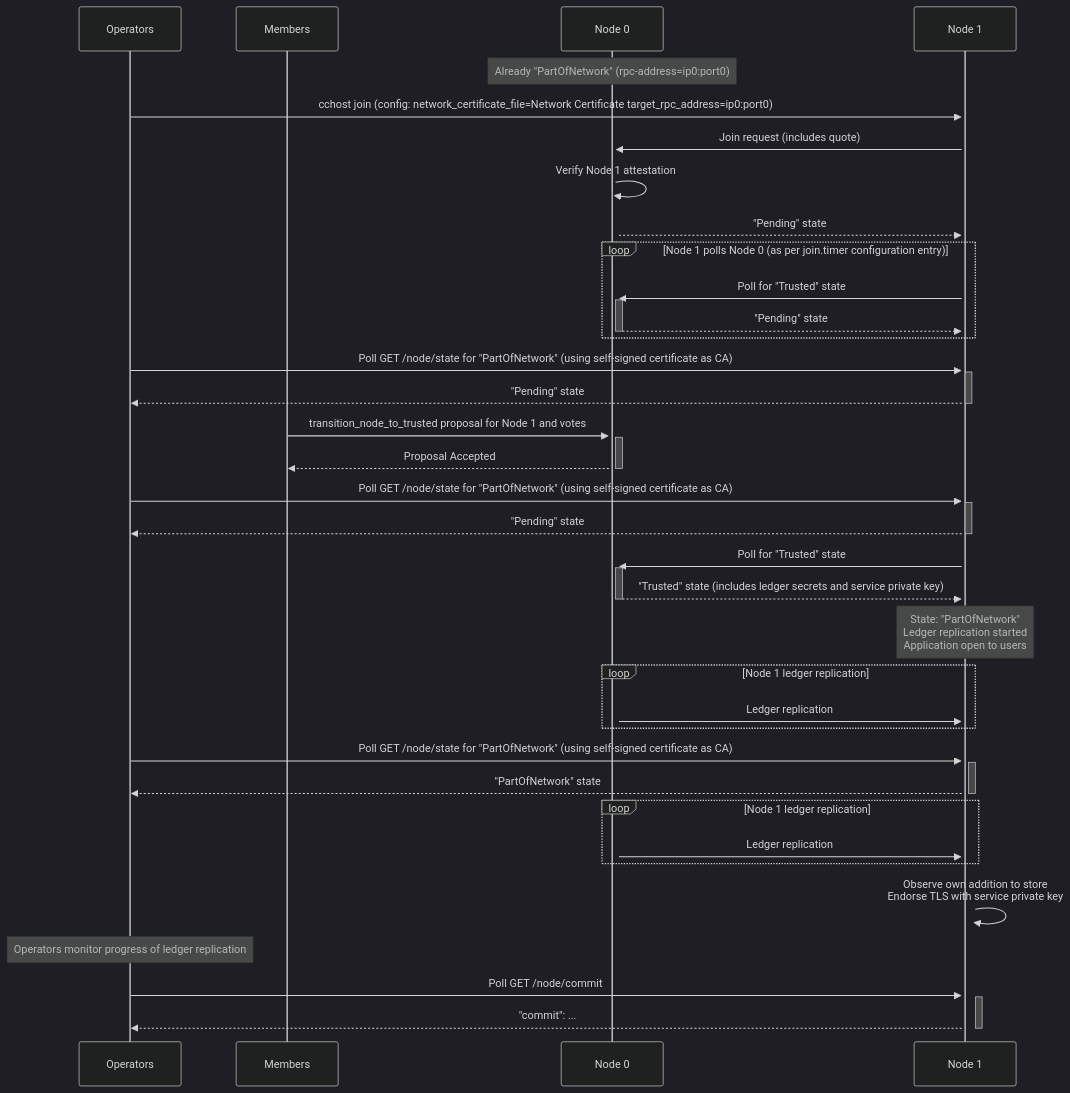
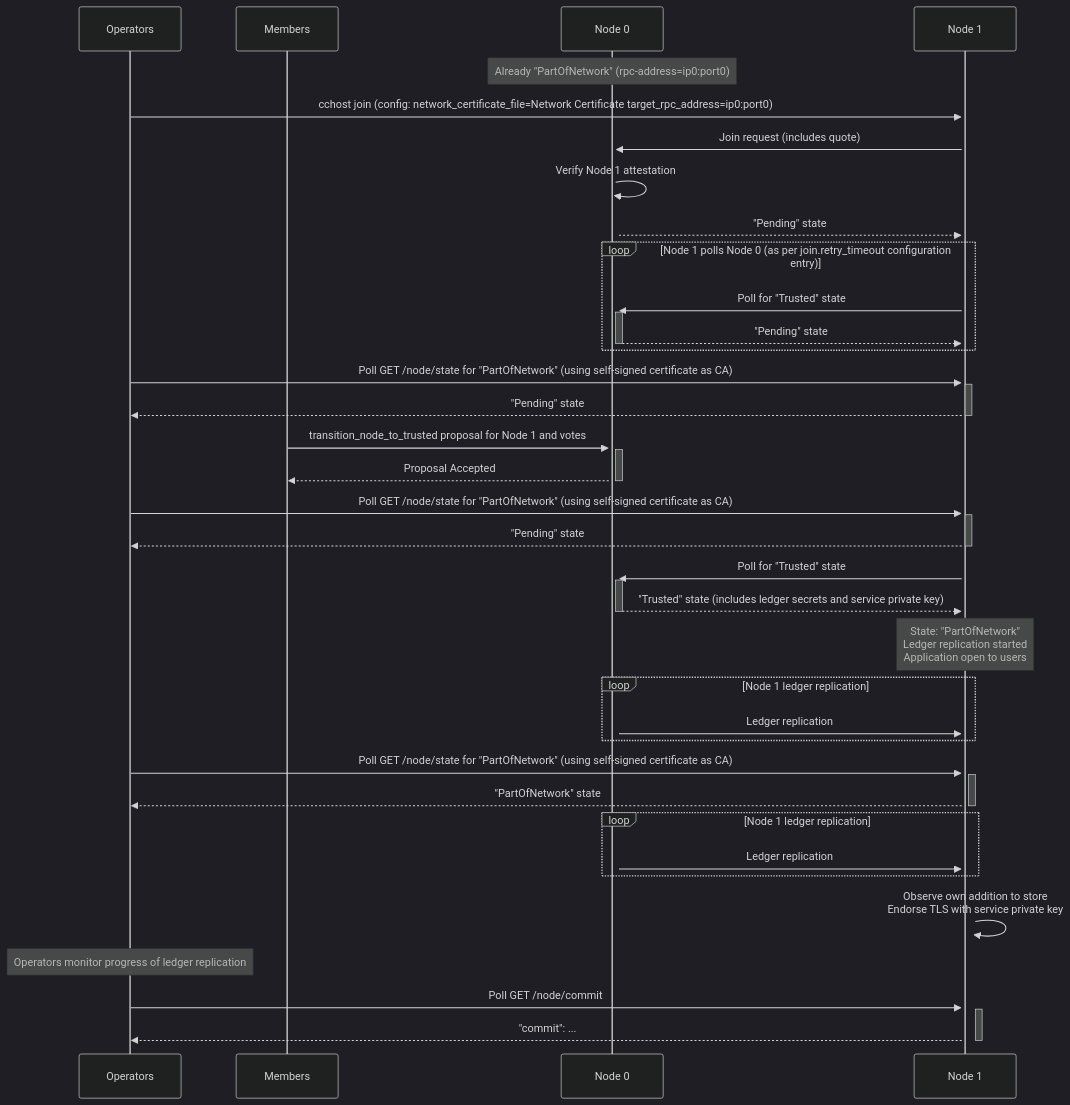
Before and after one commit to microsoft/CCF: the third of 3 diagrams in doc/operations/start_network.rst, drawn with Mermaid (dark theme). The commit also changed other lines of this file and 10 other files, not shown here.

Commit message:
Rename join timer

```diff
--- a/doc/operations/start_network.rst
+++ b/doc/operations/start_network.rst
@@ -71,51 +71,51 @@
 .. mermaid::
 
     sequenceDiagram
         participant Operators
         participant Members
         participant Node 0
         participant Node 1
 
         Note over Node 0: Already "PartOfNetwork" (rpc-address=ip0:port0)
 
         Operators->>+Node 1: cchost join (config: network_certificate_file=Network Certificate target_rpc_address=ip0:port0)
 
         Node 1->>+Node 0: Join request (includes quote)
         Node 0->>+Node 0: Verify Node 1 attestation
         Node 0-->>Node 1: "Pending" state
 
-        loop Node 1 polls Node 0 (as per join.timer configuration entry)
+        loop Node 1 polls Node 0 (as per join.retry_timeout configuration entry)
             Node 1->>+Node 0: Poll for "Trusted" state
             Node 0-->>-Node 1: "Pending" state
         end
 
         Operators->>+Node 1: Poll GET /node/state for "PartOfNetwork" (using self-signed certificate as CA)
         Node 1-->>-Operators: "Pending" state
 
         Members->>+Node 0: transition_node_to_trusted proposal for Node 1 and votes
         Node 0-->>-Members: Proposal Accepted
 
         Operators->>+Node 1: Poll GET /node/state for "PartOfNetwork" (using self-signed certificate as CA)
         Node 1-->>-Operators: "Pending" state
 
         Node 1->>+Node 0: Poll for "Trusted" state
         Node 0-->>-Node 1: "Trusted" state (includes ledger secrets and service private key)
 
         Note over Node 1: State: "PartOfNetwork" <br/> Ledger replication started <br/> Application open to users
 
         loop Node 1 ledger replication
             Node 0->>+Node 1: Ledger replication
         end
 
         Operators->>+Node 1: Poll GET /node/state for "PartOfNetwork" (using self-signed certificate as CA)
         Node 1-->>-Operators: "PartOfNetwork" state
 
         loop Node 1 ledger replication
             Node 0->>+Node 1: Ledger replication
         end
 
         Node 1->>+Node 1: Observe own addition to store <br> Endorse TLS with service private key
 
         Note over Operators: Operators monitor progress of ledger replication
         Operators->>+Node 1: Poll GET /node/commit
         Node 1-->>-Operators: "commit": ...
```
